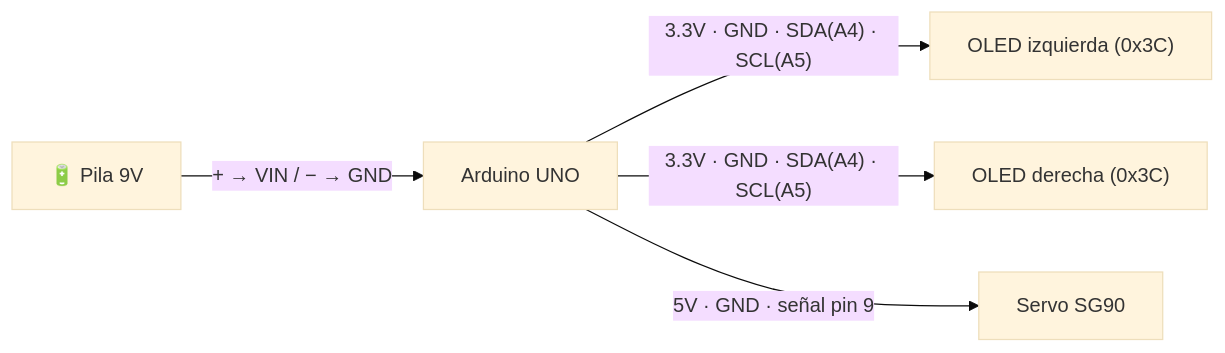
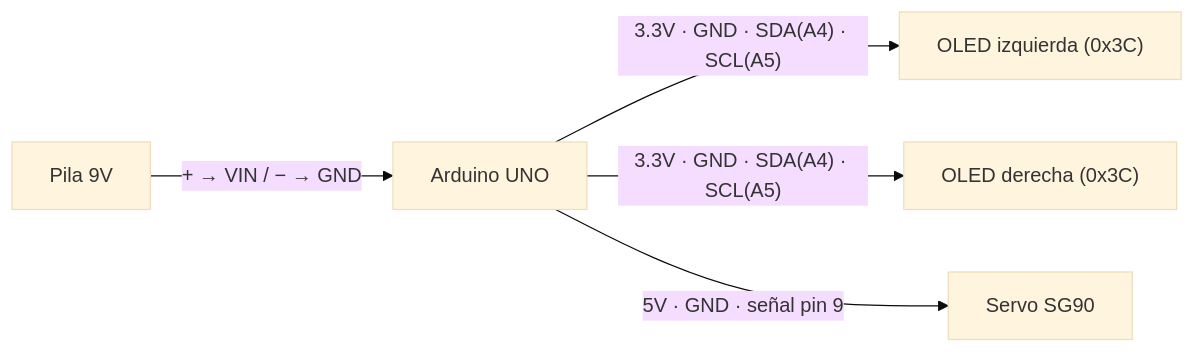
Before and after one commit to MinionVIP/Iris-robot-de-compa-a: the diagram in README.md, drawn with Mermaid (base theme). The commit also changed other lines of this file, not shown here.

````diff
--- a/README.md
+++ b/README.md
@@ -89,7 +84,7 @@
 ```mermaid
 flowchart LR
-    PILA["🔋 Pila 9V"] -- "+ → VIN / − → GND" --> UNO["Arduino UNO"]
+    PILA[" Pila 9V"] -- "+ → VIN / − → GND" --> UNO["Arduino UNO"]
     UNO -- "3.3V · GND · SDA(A4) · SCL(A5)" --> OLEDI["OLED izquierda (0x3C)"]
     UNO -- "3.3V · GND · SDA(A4) · SCL(A5)" --> OLEDD["OLED derecha (0x3C)"]
     UNO -- "5V · GND · señal pin 9" --> SERVO["Servo SG90"]
 ```
````
